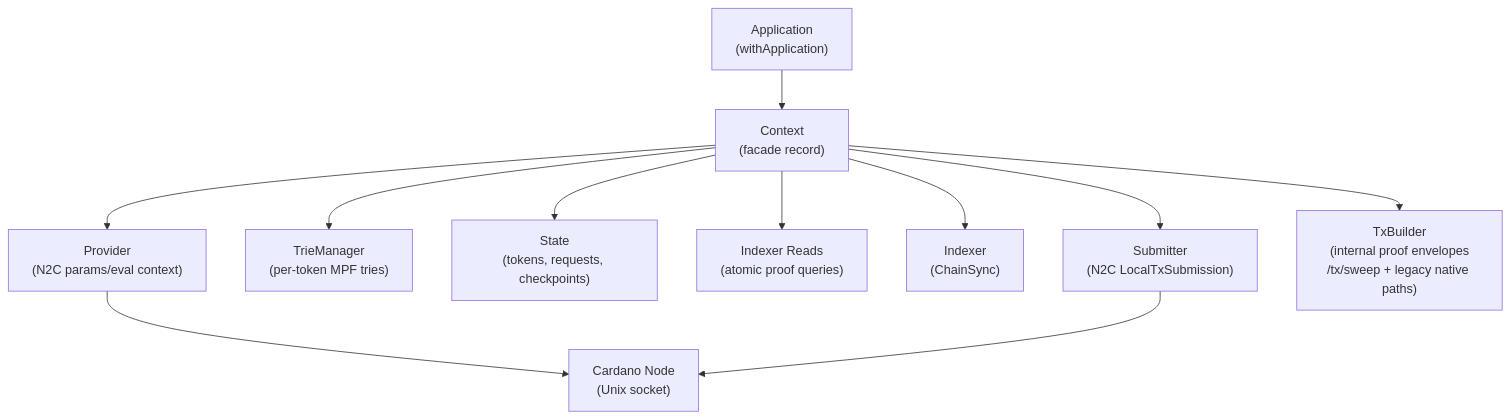
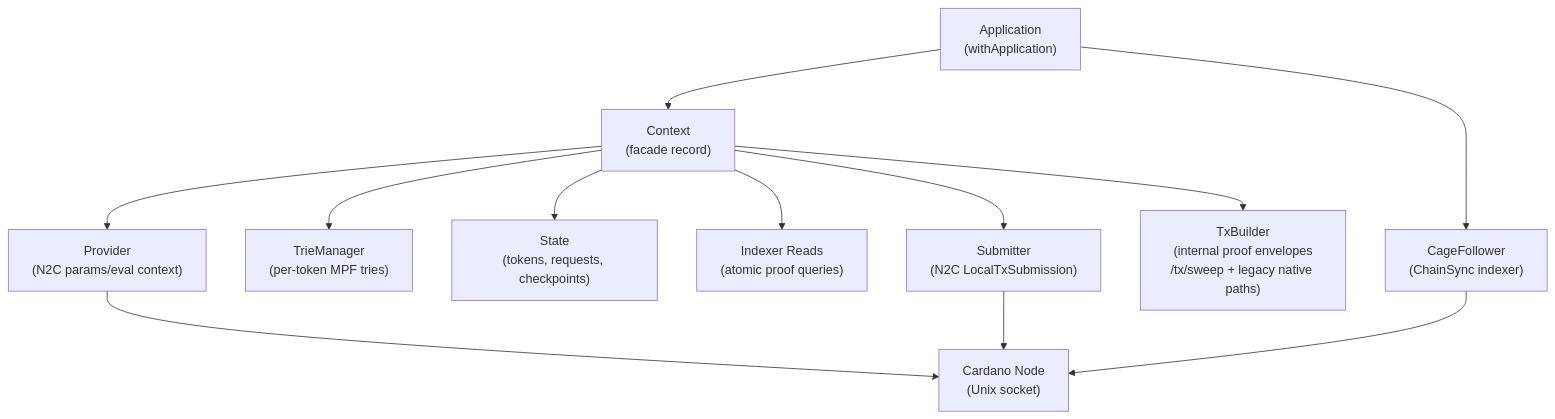
The second of 5 diagrams in docs/architecture/overview.md (lambdasistemi/cardano-mpfs-offchain), drawn with Mermaid before and after one commit. The commit also changed other lines of this file and 5 other files, not shown here.

````diff
--- a/docs/architecture/overview.md
+++ b/docs/architecture/overview.md
@@ -102,24 +102,25 @@
 ```mermaid
 graph TD
     APP["Application<br/>(withApplication)"]
     CTX["Context<br/>(facade record)"]
     PRV["Provider<br/>(N2C params/eval context)"]
     TM["TrieManager<br/>(per-token MPF tries)"]
     ST["State<br/>(tokens, requests, checkpoints)"]
     READS["Indexer Reads<br/>(atomic proof queries)"]
-    IDX["Indexer<br/>(ChainSync)"]
+    IDX["CageFollower<br/>(ChainSync indexer)"]
     SUB["Submitter<br/>(N2C LocalTxSubmission)"]
     TXB["TxBuilder<br/>(internal proof envelopes<br/>/tx/sweep + legacy native paths)"]
     NODE["Cardano Node<br/>(Unix socket)"]
 
     APP --> CTX
+    APP --> IDX
     CTX --> PRV
     CTX --> TM
     CTX --> ST
     CTX --> READS
-    CTX --> IDX
     CTX --> SUB
     CTX --> TXB
     PRV --> NODE
     SUB --> NODE
+    IDX --> NODE
 ```
````
